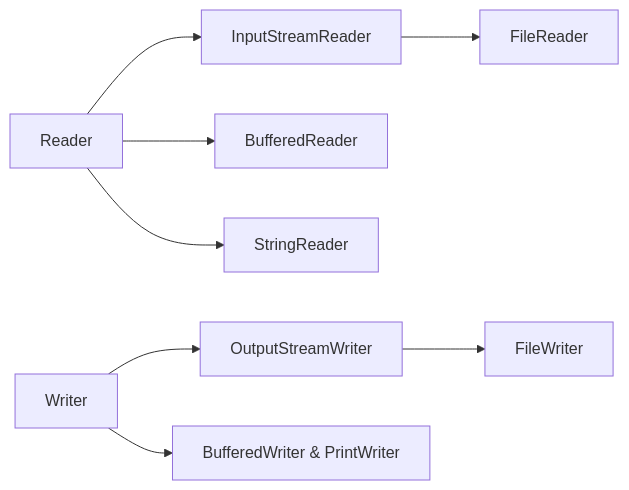
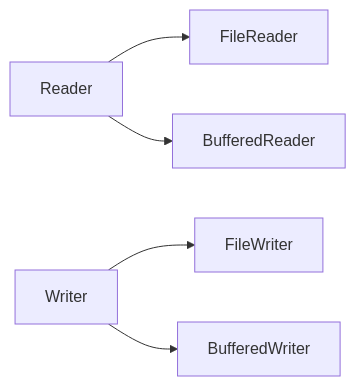
Before and after one commit to yjkim2015/yjkim2015.github.io: the fourth of 11 diagrams in _posts/java/2026-05-01-java-io.md, drawn with Mermaid. The commit also changed other lines of this file and 163 other files, not shown here.

First line of the commit message:
Mermaid 300개 블록 내용 축소: 5노드 5엣지 이하, 의미 있는 약어

````diff
--- a/_posts/java/2026-05-01-java-io.md
+++ b/_posts/java/2026-05-01-java-io.md
@@ -62,7 +58,5 @@
 ```mermaid
 graph LR
-    RD["Reader"] --> ISR["InputStreamReader"] --> FR["FileReader"]
-    RD --> BR["BufferedReader"] & SR["StringReader"]
-    WR["Writer"] --> OSW["OutputStreamWriter"] --> FW["FileWriter"]
-    WR --> BW["BufferedWriter & PrintWriter"]
+    RD["Reader"] --> FR["FileReader"] & BR["BufferedReader"]
+    WR["Writer"] --> FW["FileWriter"] & BW["BufferedWriter"]
 ```
````
